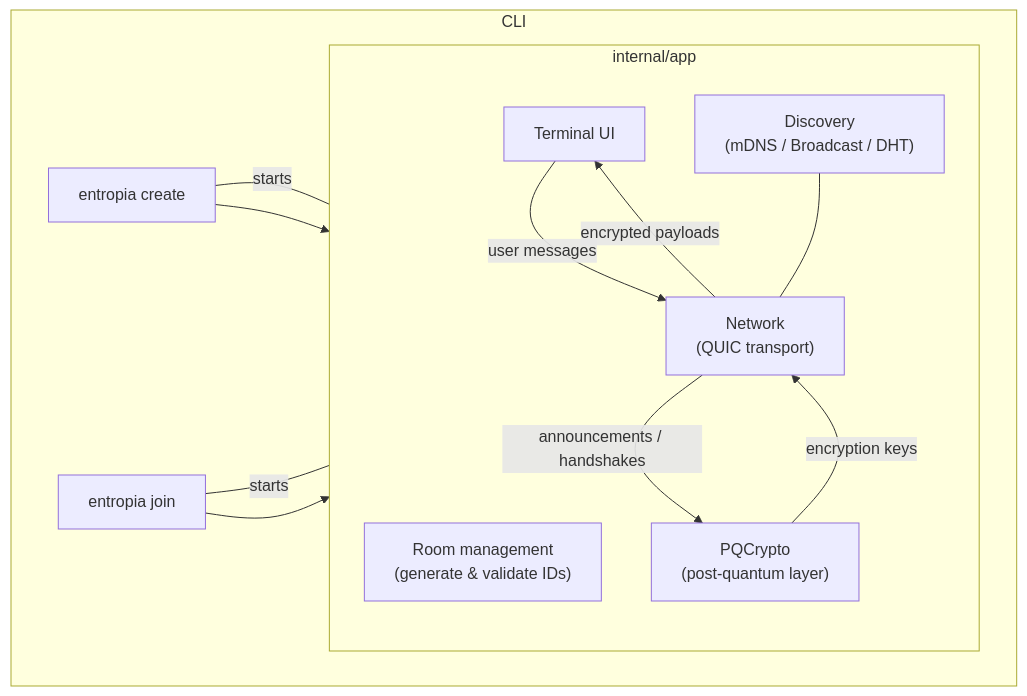
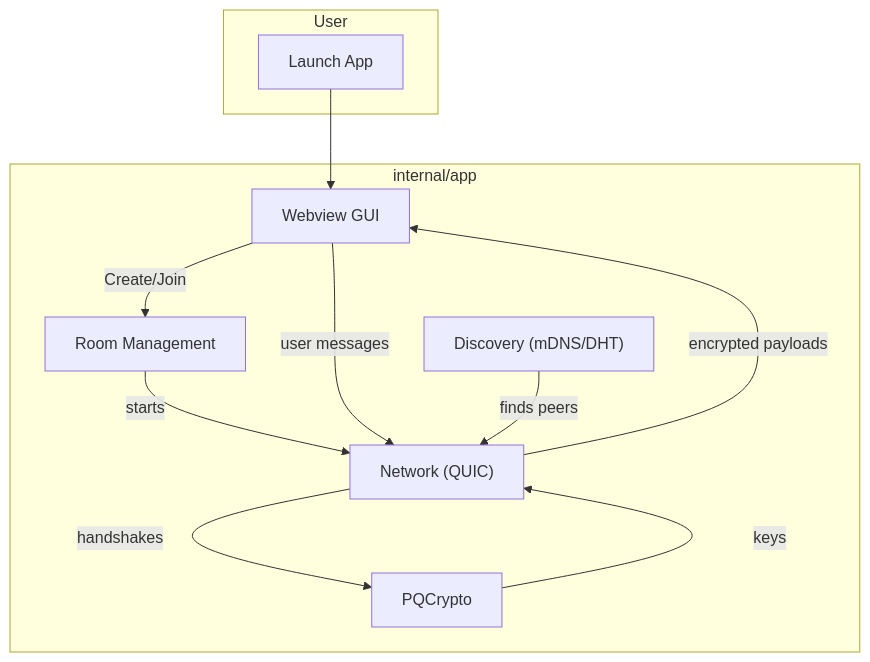
One commit to reschjonas/Entropia changed the diagram in TECHNICAL_OVERVIEW.md. Above: the diagram before and after it, drawn with Mermaid. The commit also changed other lines of this file and 14 other files, not shown here.

````diff
--- a/TECHNICAL_OVERVIEW.md
+++ b/TECHNICAL_OVERVIEW.md
@@ -22,24 +22,23 @@
 ```mermaid
 flowchart TD
-    subgraph CLI
-        A1[entropia create] ---|starts| APP
-        A2[entropia join] ---|starts| APP
+    subgraph User
+        A1["Launch App"]
     end
 
     subgraph APP[internal/app]
-        direction TB
-        B1["Room management<br/>(generate & validate IDs)"]
-        B2["PQCrypto<br/>(post-quantum layer)"]
-        B3["Network<br/>(QUIC transport)"]
-        B4["Discovery<br/>(mDNS / Broadcast / DHT)"]
-        B5["Terminal UI"]
+        B0["Webview GUI"]
+        B1["Room Management"]
+        B2["PQCrypto"]
+        B3["Network (QUIC)"]
+        B4["Discovery (mDNS/DHT)"]
     end
 
-    A1 --> APP
-    A2 --> APP
-    B5 -- user messages --> B3
-    B3 -- encrypted payloads --> B5
-    B3 -- announcements / handshakes --> B2
-    B2 -- encryption keys --> B3
-    B4 --- B3
+    A1 --> B0
+    B0 -- Create/Join --> B1
+    B1 -- starts --> B3
+    B0 -- user messages --> B3
+    B3 -- encrypted payloads --> B0
+    B3 -- handshakes --> B2
+    B2 -- keys --> B3
+    B4 -- finds peers --> B3
 ```
````
